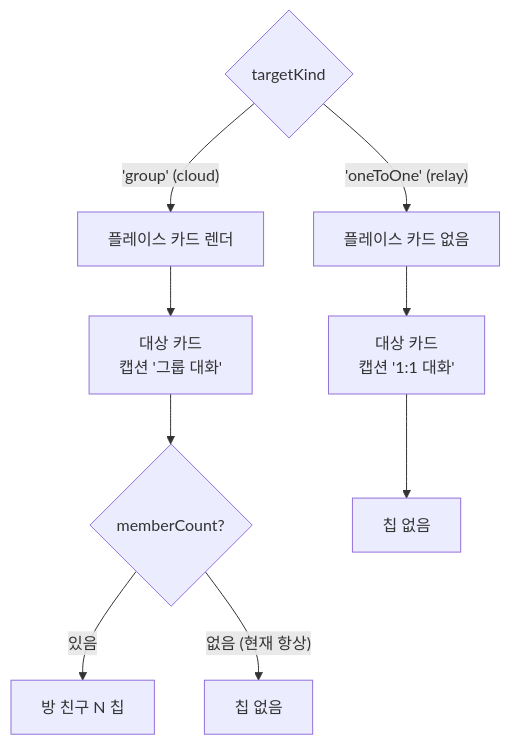
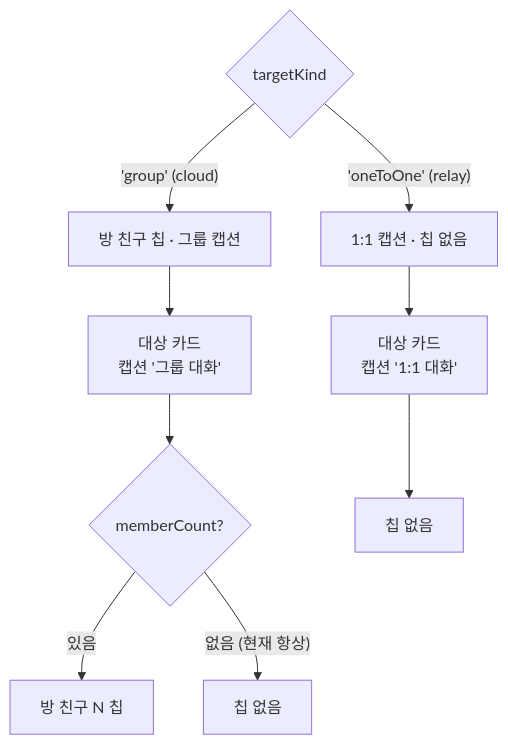
One commit to lemoncloud-io/dou-app changed the second of 4 diagrams in apps/web/docs/feature/home/invite-accept.md. Above: the diagram before and after it, drawn with Mermaid. The commit also changed other lines of this file and 2 other files, not shown here.

````diff
--- a/apps/web/docs/feature/home/invite-accept.md
+++ b/apps/web/docs/feature/home/invite-accept.md
@@ -150,12 +151,12 @@
 ```mermaid
 flowchart TD
     TK{targetKind}
-    TK -- "'group' (cloud)" --> G1[플레이스 카드 렌더]
-    TK -- "'oneToOne' (relay)" --> O1[플레이스 카드 없음]
+    TK -- "'group' (cloud)" --> G1[방 친구 칩 · 그룹 캡션]
+    TK -- "'oneToOne' (relay)" --> O1[1:1 캡션 · 칩 없음]
     G1 --> G2["대상 카드<br/>캡션 '그룹 대화'"]
     O1 --> O2["대상 카드<br/>캡션 '1:1 대화'"]
     G2 --> G3{memberCount?}
     G3 -- 있음 --> G4[방 친구 N 칩]
     G3 -- "없음 (현재 항상)" --> G5[칩 없음]
     O2 --> O3[칩 없음]
 ```
````
